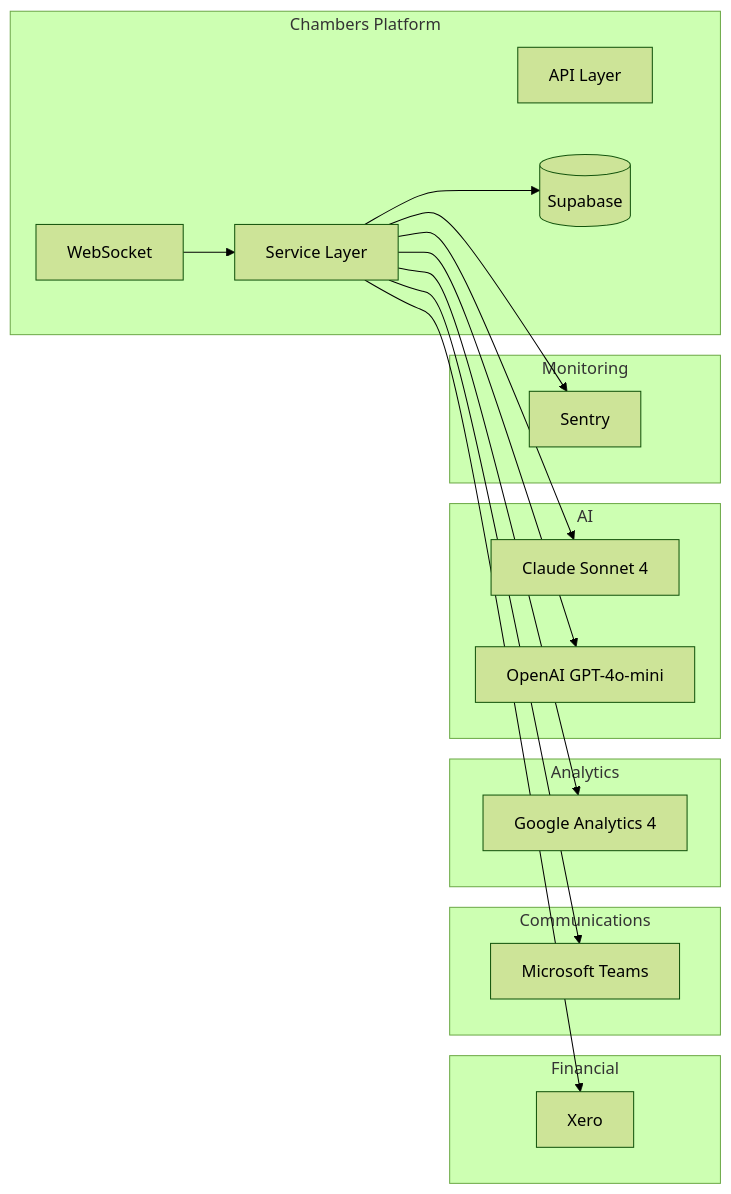
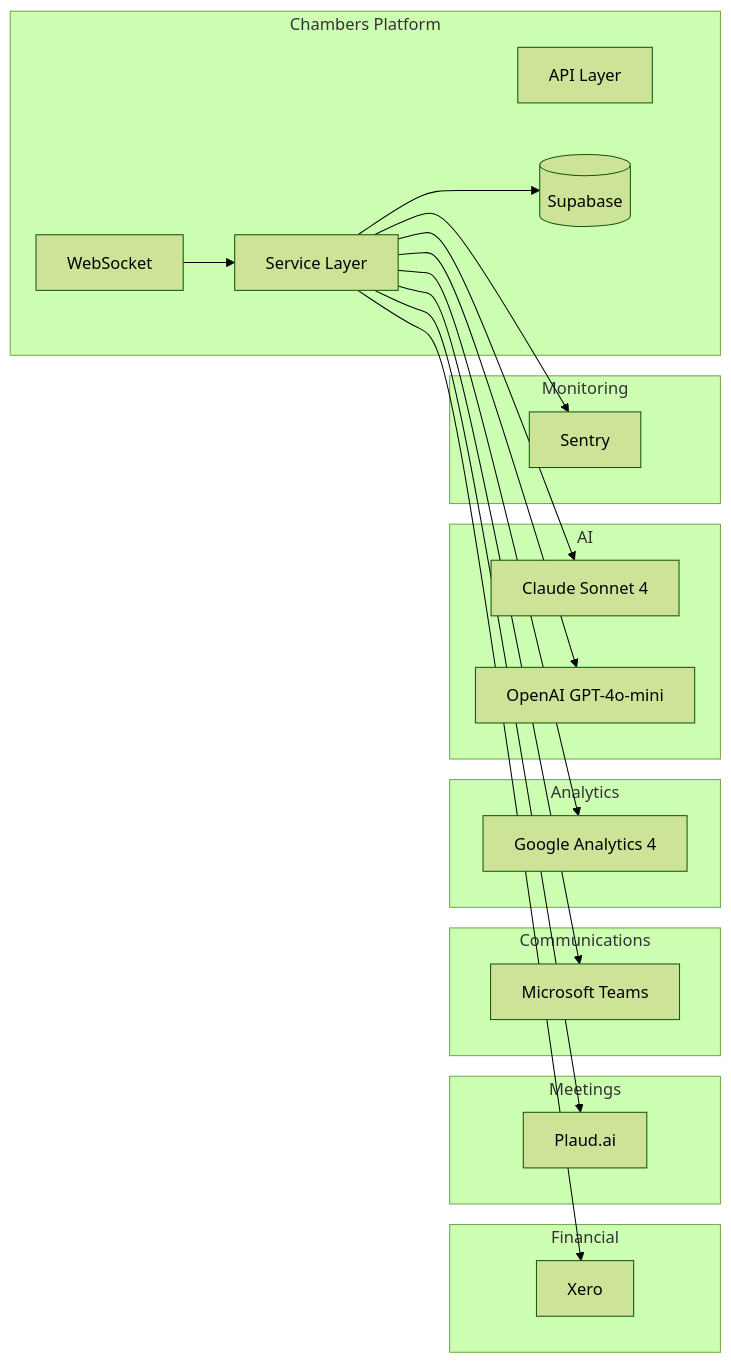
Before and after one commit to fosman1977/docs: the diagram in developers/overview.mdx, drawn with Mermaid (forest theme). The commit also changed other lines of this file and 7 other files, not shown here.

````diff
--- a/developers/overview.mdx
+++ b/developers/overview.mdx
@@ -12,39 +12,44 @@
 ```mermaid
 graph LR
     subgraph "Chambers Platform"
         API[API Layer]
         Services[Service Layer]
         DB[(Supabase)]
         WS[WebSocket]
     end
 
     subgraph "Financial"
         Xero[Xero]
+    end
+
+    subgraph "Meetings"
+        Plaud[Plaud.ai]
     end
 
     subgraph "Communications"
         Teams[Microsoft Teams]
     end
 
     subgraph "Analytics"
         GA4[Google Analytics 4]
     end
 
     subgraph "AI"
         Claude[Claude Sonnet 4]
         OpenAI[OpenAI GPT-4o-mini]
     end
 
     subgraph "Monitoring"
         Sentry[Sentry]
     end
 
     Services --> Xero
+    Services --> Plaud
     Services --> Teams
     Services --> GA4
     Services --> Claude
     Services --> OpenAI
     Services --> Sentry
     Services --> DB
     WS --> Services
 ```
````
